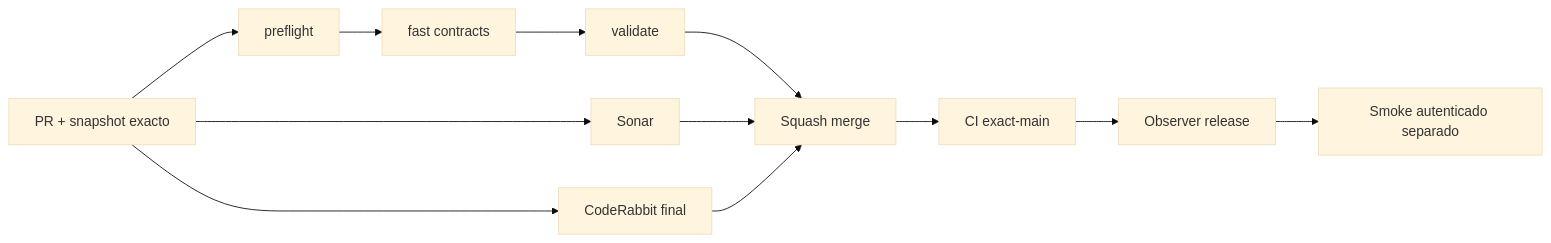
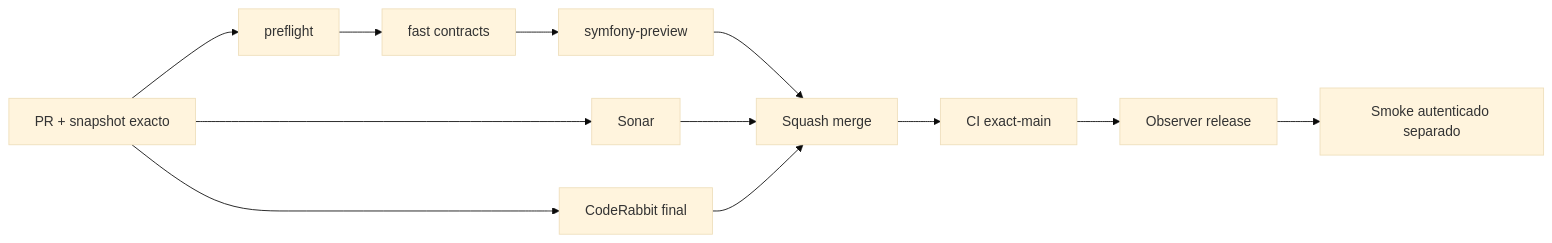
Before and after one commit to pl0n3r/GrindFlow: the diagram in README.md, drawn with Mermaid (base theme). The commit also changed other lines of this file, not shown here.

````diff
--- a/README.md
+++ b/README.md
@@ -47,14 +46,14 @@
 ```mermaid
 flowchart LR
  A["PR + snapshot exacto"] --> P["preflight"]
  P --> F["fast contracts"]
- F --> V["validate"]
+ F --> V["symfony-preview"]
  A --> S["Sonar"]
  A --> C["CodeRabbit final"]
  V --> M["Squash merge"]
  S --> M
  C --> M
  M --> X["CI exact-main"]
  X --> O["Observer release"]
  O --> T["Smoke autenticado separado"]
 ```
````
